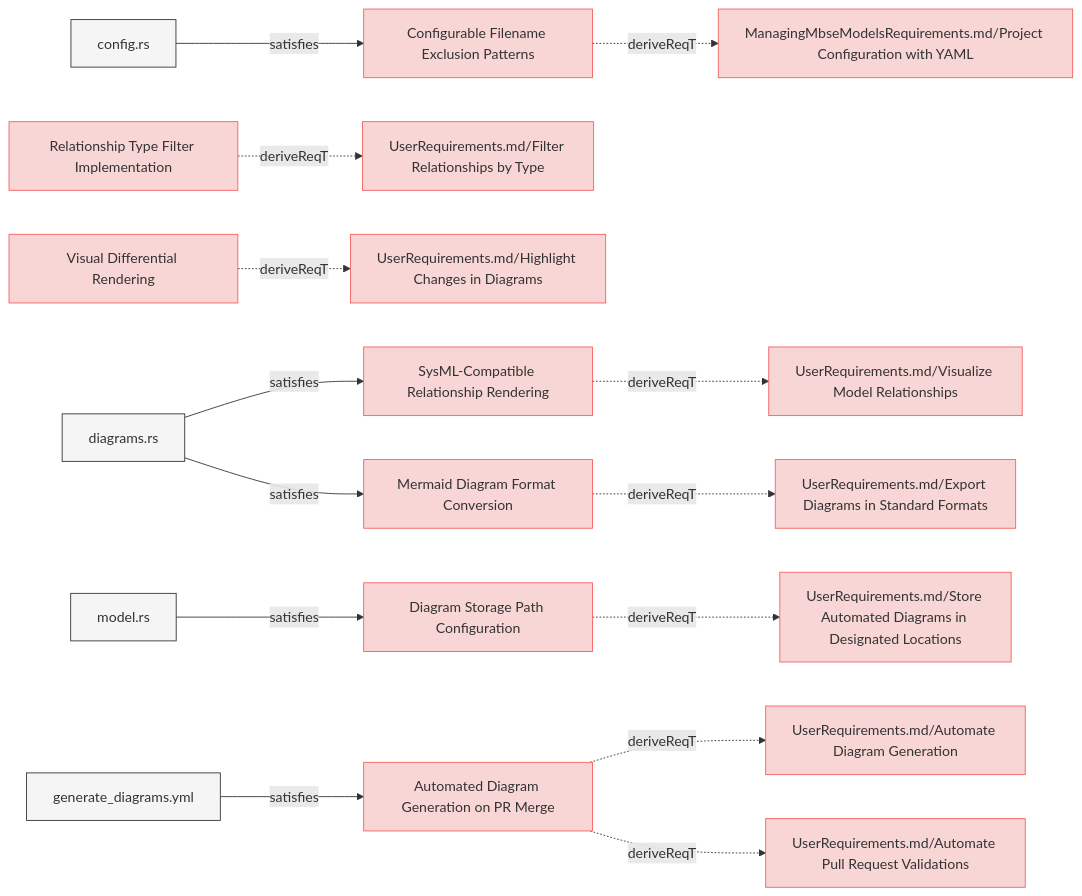
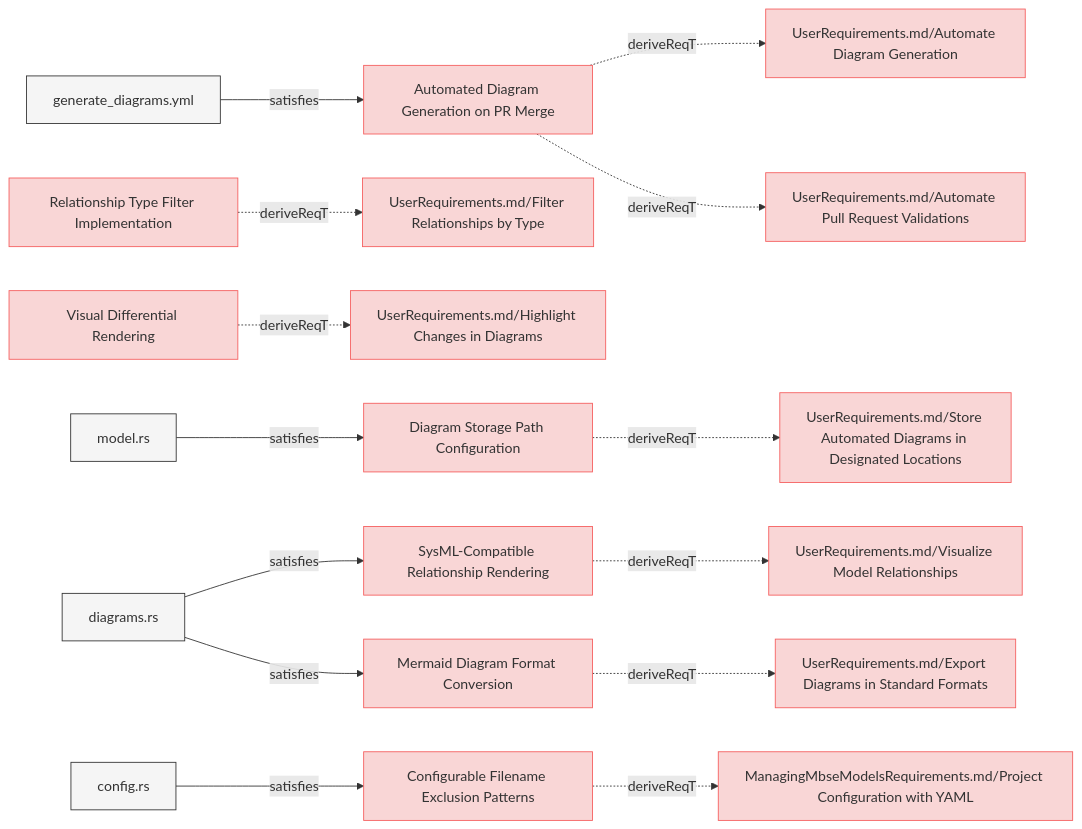
Before and after one commit to reqvire-org/reqvire: the fifth of 8 diagrams in specifications/SystemRequirements/Requirements.md, drawn with Mermaid. The commit also changed other lines of this file and 17 other files, not shown here.

Commit message:
Auto-generate diagrams after PR merge to main

````diff
--- a/specifications/SystemRequirements/Requirements.md
+++ b/specifications/SystemRequirements/Requirements.md
@@ -507,79 +507,79 @@
 ```mermaid
 graph LR;
   %% Graph styling
   classDef requirement fill:#f9d6d6,stroke:#f55f5f,stroke-width:1px;
   classDef verification fill:#d6f9d6,stroke:#5fd75f,stroke-width:1px;
   classDef externalLink fill:#d0e0ff,stroke:#3080ff,stroke-width:1px;
   classDef default fill:#f5f5f5,stroke:#333333,stroke-width:1px;
 
-  cc8128cae305b29d["Configurable Filename Exclusion Patterns"];
-  click cc8128cae305b29d "https://github.com/ilijaljubicic/ReqFlow/blob/29a17f176519a28e973567d4102beb95f41075ed/specifications/SystemRequirements/Requirements.md#configurable-filename-exclusion-patterns";
-  class cc8128cae305b29d requirement;
-  ce24dbacb9646f3b["ManagingMbseModelsRequirements.md/Project Configuration with YAML"];
-  class ce24dbacb9646f3b requirement;
-  click ce24dbacb9646f3b "https://github.com/ilijaljubicic/ReqFlow/blob/29a17f176519a28e973567d4102beb95f41075ed/specifications/ManagingMbseModelsRequirements.md#project-configuration-with-yaml";
-  cc8128cae305b29d -.->|deriveReqT| ce24dbacb9646f3b;
-  c87fb8d32afb10bb["config.rs"];
-  class c87fb8d32afb10bb default;
-  click c87fb8d32afb10bb "https://github.com/ilijaljubicic/ReqFlow/blob/29a17f176519a28e973567d4102beb95f41075ed/cli/src/config.rs";
-  c87fb8d32afb10bb -->|satisfies| cc8128cae305b29d;
-  1414e7f8890f2939["Relationship Type Filter Implementation"];
-  click 1414e7f8890f2939 "https://github.com/ilijaljubicic/ReqFlow/blob/29a17f176519a28e973567d4102beb95f41075ed/specifications/SystemRequirements/Requirements.md#relationship-type-filter-implementation";
-  class 1414e7f8890f2939 requirement;
-  30d97803eba68a13["UserRequirements.md/Filter Relationships by Type"];
-  class 30d97803eba68a13 requirement;
-  click 30d97803eba68a13 "https://github.com/ilijaljubicic/ReqFlow/blob/29a17f176519a28e973567d4102beb95f41075ed/specifications/UserRequirements.md#filter-relationships-by-type";
-  1414e7f8890f2939 -.->|deriveReqT| 30d97803eba68a13;
-  9860815d52cb0fbb["Visual Differential Rendering"];
-  click 9860815d52cb0fbb "https://github.com/ilijaljubicic/ReqFlow/blob/29a17f176519a28e973567d4102beb95f41075ed/specifications/SystemRequirements/Requirements.md#visual-differential-rendering";
-  class 9860815d52cb0fbb requirement;
-  fd7388e379372d7b["UserRequirements.md/Highlight Changes in Diagrams"];
-  class fd7388e379372d7b requirement;
-  click fd7388e379372d7b "https://github.com/ilijaljubicic/ReqFlow/blob/29a17f176519a28e973567d4102beb95f41075ed/specifications/UserRequirements.md#highlight-changes-in-diagrams";
-  9860815d52cb0fbb -.->|deriveReqT| fd7388e379372d7b;
-  c826c1ee7c93bf6b["SysML-Compatible Relationship Rendering"];
-  click c826c1ee7c93bf6b "https://github.com/ilijaljubicic/ReqFlow/blob/29a17f176519a28e973567d4102beb95f41075ed/specifications/SystemRequirements/Requirements.md#sysml-compatible-relationship-rendering";
-  class c826c1ee7c93bf6b requirement;
-  a6a836283607bf45["UserRequirements.md/Visualize Model Relationships"];
-  class a6a836283607bf45 requirement;
-  click a6a836283607bf45 "https://github.com/ilijaljubicic/ReqFlow/blob/29a17f176519a28e973567d4102beb95f41075ed/specifications/UserRequirements.md#visualize-model-relationships";
-  c826c1ee7c93bf6b -.->|deriveReqT| a6a836283607bf45;
-  d4240e29691d4b88["diagrams.rs"];
-  class d4240e29691d4b88 default;
-  click d4240e29691d4b88 "https://github.com/ilijaljubicic/ReqFlow/blob/29a17f176519a28e973567d4102beb95f41075ed/core/src/diagrams.rs";
-  d4240e29691d4b88 -->|satisfies| c826c1ee7c93bf6b;
-  191d27287e362df2["Diagram Storage Path Configuration"];
-  click 191d27287e362df2 "https://github.com/ilijaljubicic/ReqFlow/blob/29a17f176519a28e973567d4102beb95f41075ed/specifications/SystemRequirements/Requirements.md#diagram-storage-path-configuration";
-  class 191d27287e362df2 requirement;
-  aee397f35b867556["UserRequirements.md/Store Automated Diagrams in Designated Locations"];
-  class aee397f35b867556 requirement;
-  click aee397f35b867556 "https://github.com/ilijaljubicic/ReqFlow/blob/29a17f176519a28e973567d4102beb95f41075ed/specifications/UserRequirements.md#store-automated-diagrams-in-designated-locations";
-  191d27287e362df2 -.->|deriveReqT| aee397f35b867556;
-  6136c216c9f80165["model.rs"];
-  class 6136c216c9f80165 default;
-  click 6136c216c9f80165 "https://github.com/ilijaljubicic/ReqFlow/blob/29a17f176519a28e973567d4102beb95f41075ed/core/src/model.rs";
-  6136c216c9f80165 -->|satisfies| 191d27287e362df2;
-  a7ec66314a62423b["Mermaid Diagram Format Conversion"];
-  click a7ec66314a62423b "https://github.com/ilijaljubicic/ReqFlow/blob/29a17f176519a28e973567d4102beb95f41075ed/specifications/SystemRequirements/Requirements.md#mermaid-diagram-format-conversion";
-  class a7ec66314a62423b requirement;
-  10c00a1bd12fefa5["UserRequirements.md/Export Diagrams in Standard Formats"];
-  class 10c00a1bd12fefa5 requirement;
-  click 10c00a1bd12fefa5 "https://github.com/ilijaljubicic/ReqFlow/blob/29a17f176519a28e973567d4102beb95f41075ed/specifications/UserRequirements.md#export-diagrams-in-standard-formats";
-  a7ec66314a62423b -.->|deriveReqT| 10c00a1bd12fefa5;
-  d4240e29691d4b88 -->|satisfies| a7ec66314a62423b;
-  f2a7d0df128bcf98["Automated Diagram Generation on PR Merge"];
-  click f2a7d0df128bcf98 "https://github.com/ilijaljubicic/ReqFlow/blob/29a17f176519a28e973567d4102beb95f41075ed/specifications/SystemRequirements/Requirements.md#automated-diagram-generation-on-pr-merge";
-  class f2a7d0df128bcf98 requirement;
-  81f9235dedaea6a9["UserRequirements.md/Automate Diagram Generation"];
-  class 81f9235dedaea6a9 requirement;
-  click 81f9235dedaea6a9 "https://github.com/ilijaljubicic/ReqFlow/blob/29a17f176519a28e973567d4102beb95f41075ed/specifications/UserRequirements.md#automate-diagram-generation";
-  f2a7d0df128bcf98 -.->|deriveReqT| 81f9235dedaea6a9;
-  68454e6166703319["UserRequirements.md/Automate Pull Request Validations"];
-  class 68454e6166703319 requirement;
-  click 68454e6166703319 "https://github.com/ilijaljubicic/ReqFlow/blob/29a17f176519a28e973567d4102beb95f41075ed/specifications/UserRequirements.md#automate-pull-request-validations";
-  f2a7d0df128bcf98 -.->|deriveReqT| 68454e6166703319;
-  d062860f47933799["generate_diagrams.yml"];
-  class d062860f47933799 default;
-  click d062860f47933799 "https://github.com/ilijaljubicic/ReqFlow/blob/29a17f176519a28e973567d4102beb95f41075ed/.github/workflows/generate_diagrams.yml";
-  d062860f47933799 -->|satisfies| f2a7d0df128bcf98;
+  4b9934c3f9197112["Automated Diagram Generation on PR Merge"];
+  click 4b9934c3f9197112 "https://github.com/ilijaljubicic/ReqFlow/blob/73d5ae1d93adea71fdf4cc508be4d1ae09be068f/specifications/SystemRequirements/Requirements.md#automated-diagram-generation-on-pr-merge";
+  class 4b9934c3f9197112 requirement;
+  64be2a98bd80a653["UserRequirements.md/Automate Diagram Generation"];
+  class 64be2a98bd80a653 requirement;
+  click 64be2a98bd80a653 "https://github.com/ilijaljubicic/ReqFlow/blob/73d5ae1d93adea71fdf4cc508be4d1ae09be068f/specifications/UserRequirements.md#automate-diagram-generation";
+  4b9934c3f9197112 -.->|deriveReqT| 64be2a98bd80a653;
+  9f72b91320c287ce["UserRequirements.md/Automate Pull Request Validations"];
+  class 9f72b91320c287ce requirement;
+  click 9f72b91320c287ce "https://github.com/ilijaljubicic/ReqFlow/blob/73d5ae1d93adea71fdf4cc508be4d1ae09be068f/specifications/UserRequirements.md#automate-pull-request-validations";
+  4b9934c3f9197112 -.->|deriveReqT| 9f72b91320c287ce;
+  aae2507df9855ad7["generate_diagrams.yml"];
+  class aae2507df9855ad7 default;
+  click aae2507df9855ad7 "https://github.com/ilijaljubicic/ReqFlow/blob/73d5ae1d93adea71fdf4cc508be4d1ae09be068f/.github/workflows/generate_diagrams.yml";
+  aae2507df9855ad7 -->|satisfies| 4b9934c3f9197112;
+  2e9043121ac50be5["Relationship Type Filter Implementation"];
+  click 2e9043121ac50be5 "https://github.com/ilijaljubicic/ReqFlow/blob/73d5ae1d93adea71fdf4cc508be4d1ae09be068f/specifications/SystemRequirements/Requirements.md#relationship-type-filter-implementation";
+  class 2e9043121ac50be5 requirement;
+  aaa09eb94d160979["UserRequirements.md/Filter Relationships by Type"];
+  class aaa09eb94d160979 requirement;
+  click aaa09eb94d160979 "https://github.com/ilijaljubicic/ReqFlow/blob/73d5ae1d93adea71fdf4cc508be4d1ae09be068f/specifications/UserRequirements.md#filter-relationships-by-type";
+  2e9043121ac50be5 -.->|deriveReqT| aaa09eb94d160979;
+  a5a2bf1b85e49779["Visual Differential Rendering"];
+  click a5a2bf1b85e49779 "https://github.com/ilijaljubicic/ReqFlow/blob/73d5ae1d93adea71fdf4cc508be4d1ae09be068f/specifications/SystemRequirements/Requirements.md#visual-differential-rendering";
+  class a5a2bf1b85e49779 requirement;
+  d3a1b6b68298a744["UserRequirements.md/Highlight Changes in Diagrams"];
+  class d3a1b6b68298a744 requirement;
+  click d3a1b6b68298a744 "https://github.com/ilijaljubicic/ReqFlow/blob/73d5ae1d93adea71fdf4cc508be4d1ae09be068f/specifications/UserRequirements.md#highlight-changes-in-diagrams";
+  a5a2bf1b85e49779 -.->|deriveReqT| d3a1b6b68298a744;
+  912d4893486223cd["Diagram Storage Path Configuration"];
+  click 912d4893486223cd "https://github.com/ilijaljubicic/ReqFlow/blob/73d5ae1d93adea71fdf4cc508be4d1ae09be068f/specifications/SystemRequirements/Requirements.md#diagram-storage-path-configuration";
+  class 912d4893486223cd requirement;
+  e5f8f9f127a22da["UserRequirements.md/Store Automated Diagrams in Designated Locations"];
+  class e5f8f9f127a22da requirement;
+  click e5f8f9f127a22da "https://github.com/ilijaljubicic/ReqFlow/blob/73d5ae1d93adea71fdf4cc508be4d1ae09be068f/specifications/UserRequirements.md#store-automated-diagrams-in-designated-locations";
+  912d4893486223cd -.->|deriveReqT| e5f8f9f127a22da;
+  9efd257c4e6a45f9["model.rs"];
+  class 9efd257c4e6a45f9 default;
+  click 9efd257c4e6a45f9 "https://github.com/ilijaljubicic/ReqFlow/blob/73d5ae1d93adea71fdf4cc508be4d1ae09be068f/core/src/model.rs";
+  9efd257c4e6a45f9 -->|satisfies| 912d4893486223cd;
+  1c32c7c37cb489ec["SysML-Compatible Relationship Rendering"];
+  click 1c32c7c37cb489ec "https://github.com/ilijaljubicic/ReqFlow/blob/73d5ae1d93adea71fdf4cc508be4d1ae09be068f/specifications/SystemRequirements/Requirements.md#sysml-compatible-relationship-rendering";
+  class 1c32c7c37cb489ec requirement;
+  37611ee8059e0f03["UserRequirements.md/Visualize Model Relationships"];
+  class 37611ee8059e0f03 requirement;
+  click 37611ee8059e0f03 "https://github.com/ilijaljubicic/ReqFlow/blob/73d5ae1d93adea71fdf4cc508be4d1ae09be068f/specifications/UserRequirements.md#visualize-model-relationships";
+  1c32c7c37cb489ec -.->|deriveReqT| 37611ee8059e0f03;
+  3e6a4a60e7534058["diagrams.rs"];
+  class 3e6a4a60e7534058 default;
+  click 3e6a4a60e7534058 "https://github.com/ilijaljubicic/ReqFlow/blob/73d5ae1d93adea71fdf4cc508be4d1ae09be068f/core/src/diagrams.rs";
+  3e6a4a60e7534058 -->|satisfies| 1c32c7c37cb489ec;
+  348451e9313c44a3["Configurable Filename Exclusion Patterns"];
+  click 348451e9313c44a3 "https://github.com/ilijaljubicic/ReqFlow/blob/73d5ae1d93adea71fdf4cc508be4d1ae09be068f/specifications/SystemRequirements/Requirements.md#configurable-filename-exclusion-patterns";
+  class 348451e9313c44a3 requirement;
+  afba6897082c7c6a["ManagingMbseModelsRequirements.md/Project Configuration with YAML"];
+  class afba6897082c7c6a requirement;
+  click afba6897082c7c6a "https://github.com/ilijaljubicic/ReqFlow/blob/73d5ae1d93adea71fdf4cc508be4d1ae09be068f/specifications/ManagingMbseModelsRequirements.md#project-configuration-with-yaml";
+  348451e9313c44a3 -.->|deriveReqT| afba6897082c7c6a;
+  638f8a9a3383f12d["config.rs"];
+  class 638f8a9a3383f12d default;
+  click 638f8a9a3383f12d "https://github.com/ilijaljubicic/ReqFlow/blob/73d5ae1d93adea71fdf4cc508be4d1ae09be068f/cli/src/config.rs";
+  638f8a9a3383f12d -->|satisfies| 348451e9313c44a3;
+  6ece3acb30e93c6a["Mermaid Diagram Format Conversion"];
+  click 6ece3acb30e93c6a "https://github.com/ilijaljubicic/ReqFlow/blob/73d5ae1d93adea71fdf4cc508be4d1ae09be068f/specifications/SystemRequirements/Requirements.md#mermaid-diagram-format-conversion";
+  class 6ece3acb30e93c6a requirement;
+  3e72f83cabd0bad8["UserRequirements.md/Export Diagrams in Standard Formats"];
+  class 3e72f83cabd0bad8 requirement;
+  click 3e72f83cabd0bad8 "https://github.com/ilijaljubicic/ReqFlow/blob/73d5ae1d93adea71fdf4cc508be4d1ae09be068f/specifications/UserRequirements.md#export-diagrams-in-standard-formats";
+  6ece3acb30e93c6a -.->|deriveReqT| 3e72f83cabd0bad8;
+  3e6a4a60e7534058 -->|satisfies| 6ece3acb30e93c6a;
 ```
````
